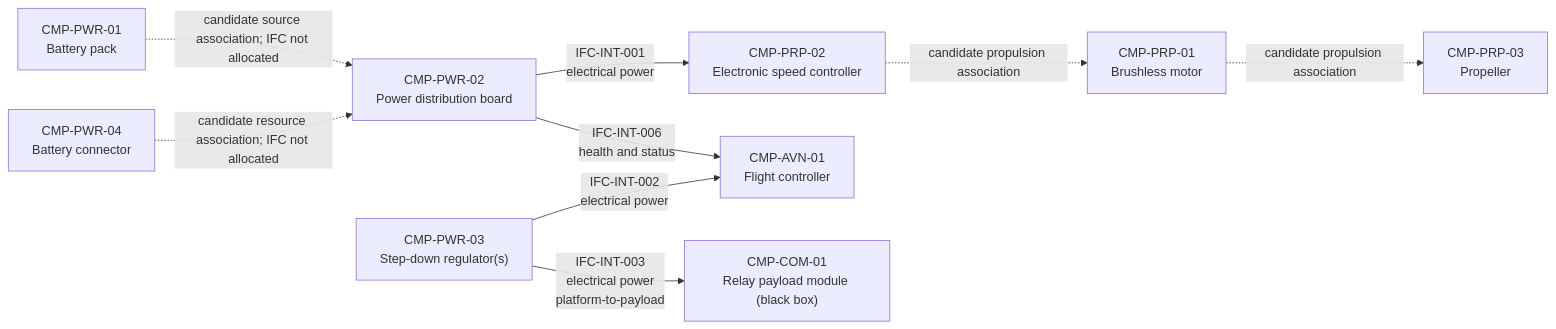
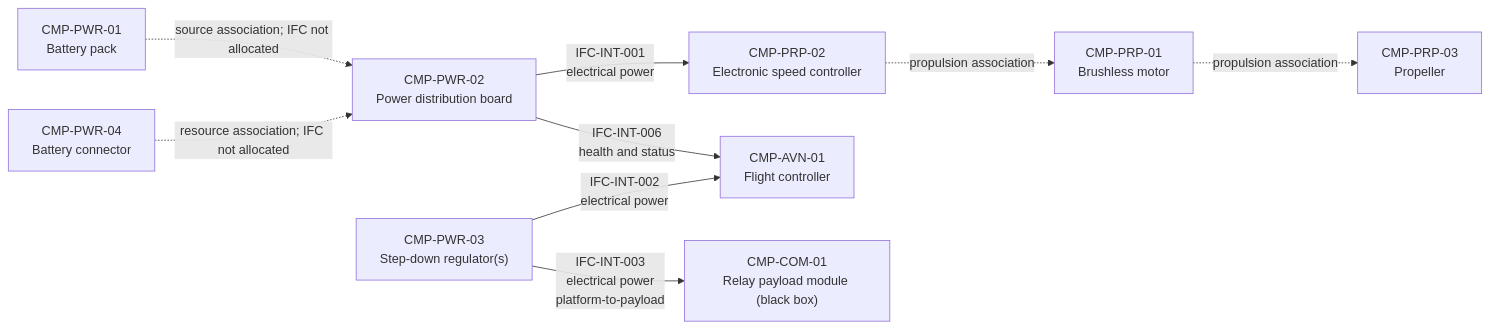
Before and after one commit to noahstephenson/low-cost-relay-uas: the fifth of 17 diagrams in reports/architecture-views.md, drawn with Mermaid. The commit also changed other lines of this file and 28 other files, not shown here.

Commit message:
Simplify and consolidate architecture repository

````diff
--- a/reports/architecture-views.md
+++ b/reports/architecture-views.md
@@ -119,21 +119,21 @@
 ```mermaid
 flowchart LR
     %% Configuration scope: CFG-REP / CFG-DOM
     CMP_PWR_01["CMP-PWR-01<br/>Battery pack"]
     CMP_PWR_02["CMP-PWR-02<br/>Power distribution board"]
     CMP_PWR_03["CMP-PWR-03<br/>Step-down regulator(s)"]
     CMP_PWR_04["CMP-PWR-04<br/>Battery connector"]
     CMP_PRP_01["CMP-PRP-01<br/>Brushless motor"]
     CMP_PRP_02["CMP-PRP-02<br/>Electronic speed controller"]
     CMP_PRP_03["CMP-PRP-03<br/>Propeller"]
     CMP_AVN_01["CMP-AVN-01<br/>Flight controller"]
     CMP_COM_01["CMP-COM-01<br/>Relay payload module (black box)"]
-    CMP_PWR_01 -.->|"candidate source association; IFC not allocated"| CMP_PWR_02
-    CMP_PWR_04 -.->|"candidate resource association; IFC not allocated"| CMP_PWR_02
+    CMP_PWR_01 -.->|"source association; IFC not allocated"| CMP_PWR_02
+    CMP_PWR_04 -.->|"resource association; IFC not allocated"| CMP_PWR_02
     CMP_PWR_02 -->|"IFC-INT-001<br/>electrical power"| CMP_PRP_02
     CMP_PWR_03 -->|"IFC-INT-002<br/>electrical power"| CMP_AVN_01
     CMP_PWR_03 -->|"IFC-INT-003<br/>electrical power<br/>platform-to-payload"| CMP_COM_01
     CMP_PWR_02 -->|"IFC-INT-006<br/>health and status"| CMP_AVN_01
-    CMP_PRP_02 -.->|"candidate propulsion association"| CMP_PRP_01
-    CMP_PRP_01 -.->|"candidate propulsion association"| CMP_PRP_03
+    CMP_PRP_02 -.->|"propulsion association"| CMP_PRP_01
+    CMP_PRP_01 -.->|"propulsion association"| CMP_PRP_03
 ```
````
